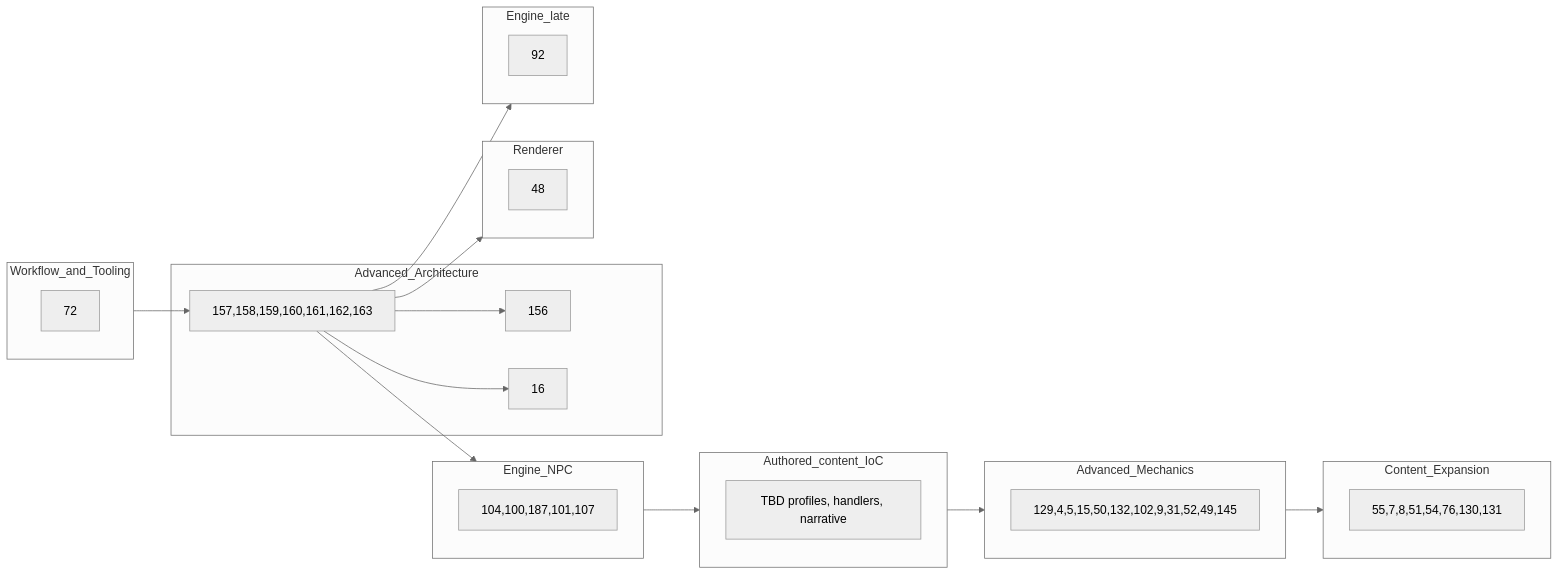
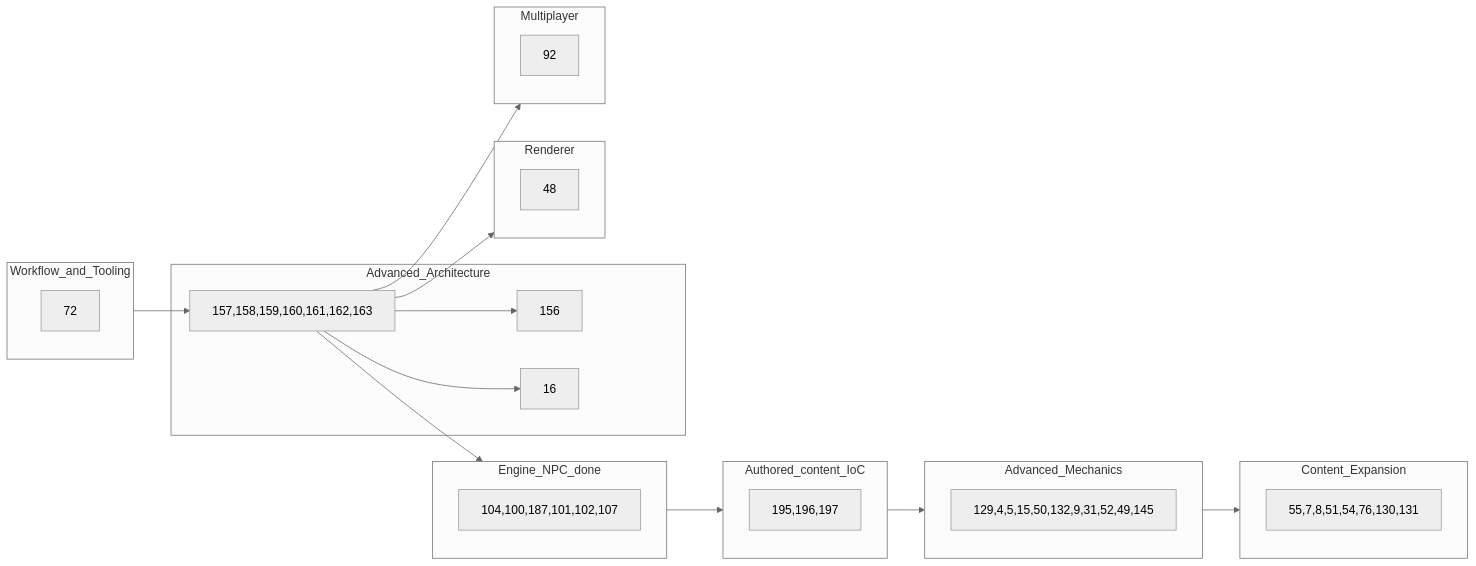
The diagram in DEV_PLAN.md (ianmays/dosmud), drawn with Mermaid (neutral theme) before and after one commit. The commit also changed other lines of this file, not shown here.

````diff
--- a/DEV_PLAN.md
+++ b/DEV_PLAN.md
@@ -44,38 +46,38 @@
 ```mermaid
 flowchart LR
   subgraph m4 [Workflow_and_Tooling]
     M4["72"]
   end
   subgraph m5 [Advanced_Architecture]
     M5chain["157,158,159,160,161,162,163"]
     M5adj["156"]
     M5late["16"]
   end
-  subgraph m9a [Engine_NPC]
-    M9a["104,100,187,101,107"]
+  subgraph m9a [Engine_NPC_done]
+    M9a["104,100,187,101,102,107"]
   end
   subgraph m10 [Authored_content_IoC]
-    M10["TBD profiles, handlers, narrative"]
+    M10["195,196,197"]
   end
   subgraph m8 [Advanced_Mechanics]
-    M8["129,4,5,15,50,132,102,9,31,52,49,145"]
+    M8["129,4,5,15,50,132,9,31,52,49,145"]
   end
   subgraph m6 [Content_Expansion]
     M6["55,7,8,51,54,76,130,131"]
   end
   subgraph m7 [Renderer]
     M7["48"]
   end
-  subgraph m9b [Engine_late]
-    M9b["92"]
+  subgraph m11 [Multiplayer]
+    M11["92"]
   end
   m4 --> M5chain
   M5chain --> M5adj
   M5chain --> M5late
   M5chain --> m9a
   m9a --> m10
   m10 --> m8
   m8 --> m6
   M5chain --> m7
-  M5chain --> m9b
+  M5chain --> m11
 ```
````
